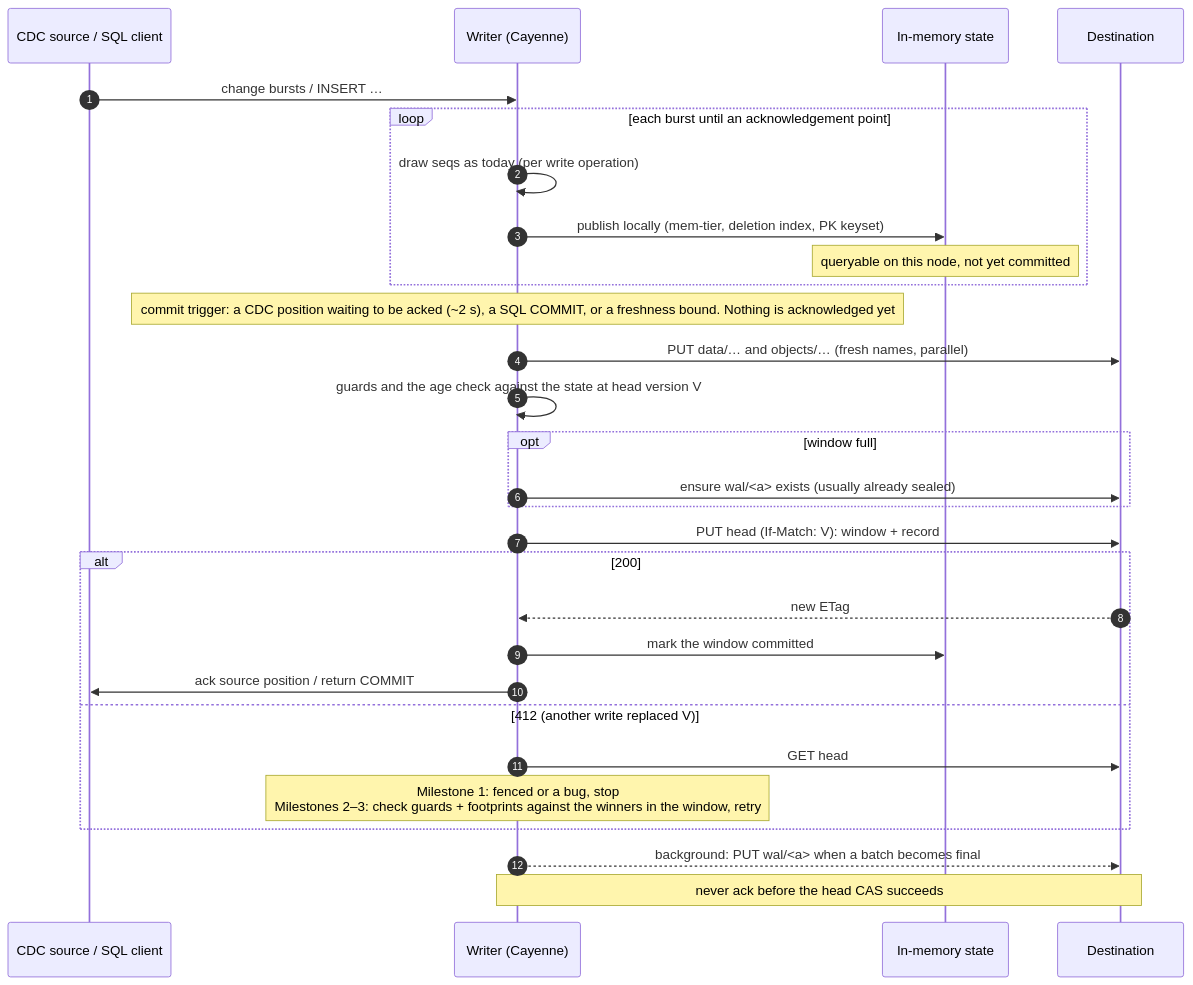
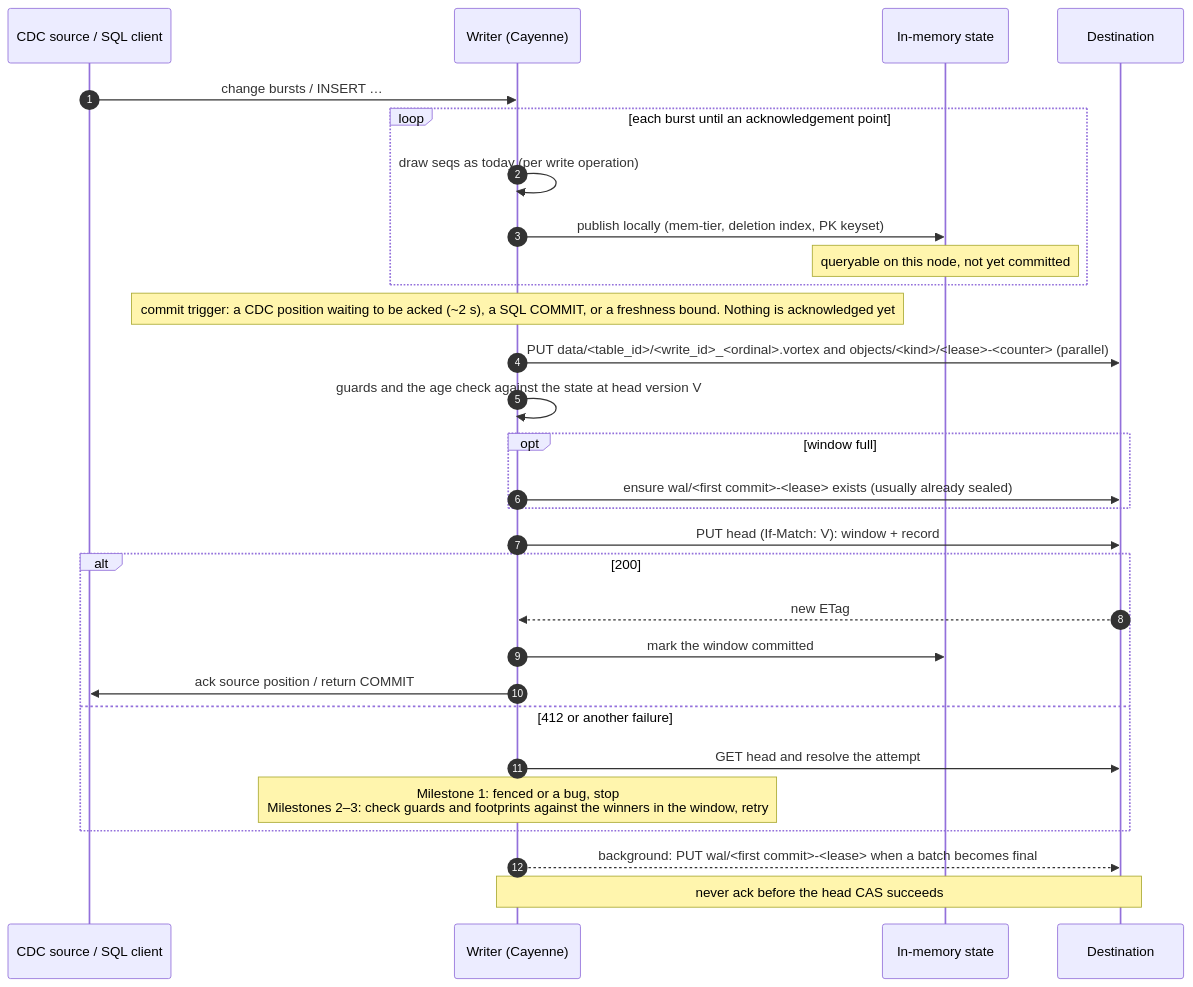
The first of 5 diagrams in docs/design/object-native-metastore-technical.md (spiceai/spiceai), drawn with Mermaid before and after one commit. The commit also changed other lines of this file and 2 other files, not shown here.

````diff
--- a/docs/design/object-native-metastore-technical.md
+++ b/docs/design/object-native-metastore-technical.md
@@ -394,32 +211,32 @@
 ```mermaid
 sequenceDiagram
     autonumber
     participant SRC as CDC source / SQL client
     participant W as Writer (Cayenne)
     participant M as In-memory state
     participant S as Destination
 
     SRC->>W: change bursts / INSERT …
     loop each burst until an acknowledgement point
         W->>W: draw seqs as today (per write operation)
         W->>M: publish locally (mem-tier, deletion index, PK keyset)
         Note over M: queryable on this node, not yet committed
     end
     Note over W: commit trigger: a CDC position waiting to be acked (~2 s), a SQL COMMIT, or a freshness bound. Nothing is acknowledged yet
-    W->>S: PUT data/… and objects/… (fresh names, parallel)
+    W->>S: PUT data/<table_id>/<write_id>_<ordinal>.vortex and objects/<kind>/<lease>-<counter> (parallel)
     W->>W: guards and the age check against the state at head version V
     opt window full
-        W->>S: ensure wal/<a> exists (usually already sealed)
+        W->>S: ensure wal/<first commit>-<lease> exists (usually already sealed)
     end
     W->>S: PUT head (If-Match: V): window + record
     alt 200
         S-->>W: new ETag
         W->>M: mark the window committed
         W->>SRC: ack source position / return COMMIT
-    else 412 (another write replaced V)
-        W->>S: GET head
-        Note over W: Milestone 1: fenced or a bug, stop<br/>Milestones 2–3: check guards + footprints against the winners in the window, retry
+    else 412 or another failure
+        W->>S: GET head and resolve the attempt
+        Note over W: Milestone 1: fenced or a bug, stop<br/>Milestones 2–3: check guards and footprints against the winners in the window, retry
     end
-    W-->>S: background: PUT wal/<a> when a batch becomes final
+    W-->>S: background: PUT wal/<first commit>-<lease> when a batch becomes final
     Note over W,S: never ack before the head CAS succeeds
 ```
````
